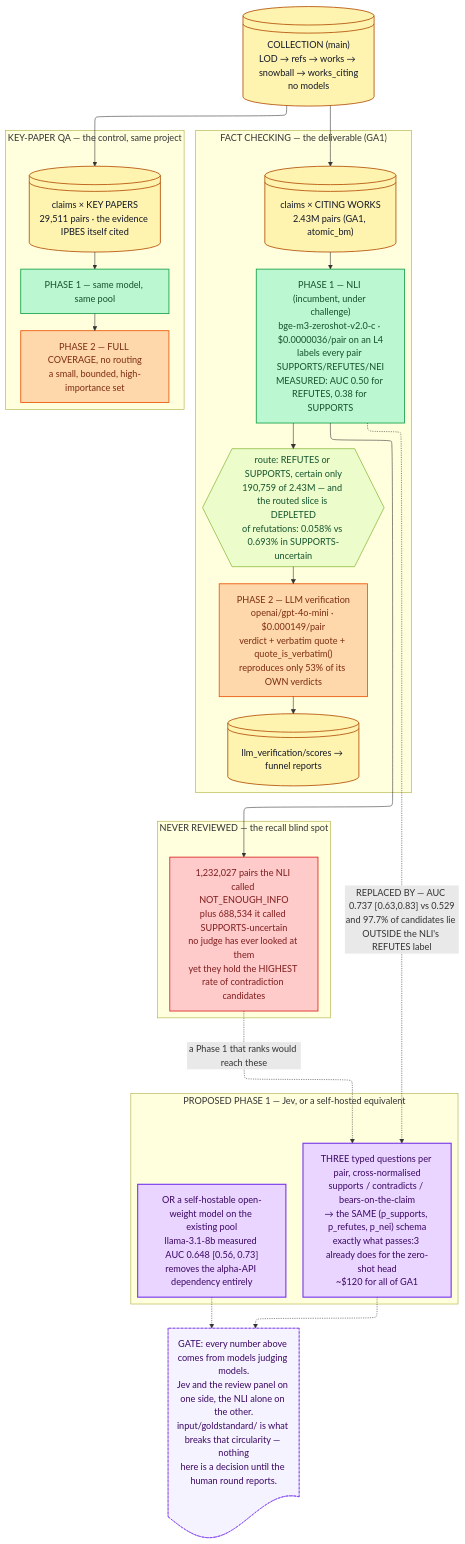
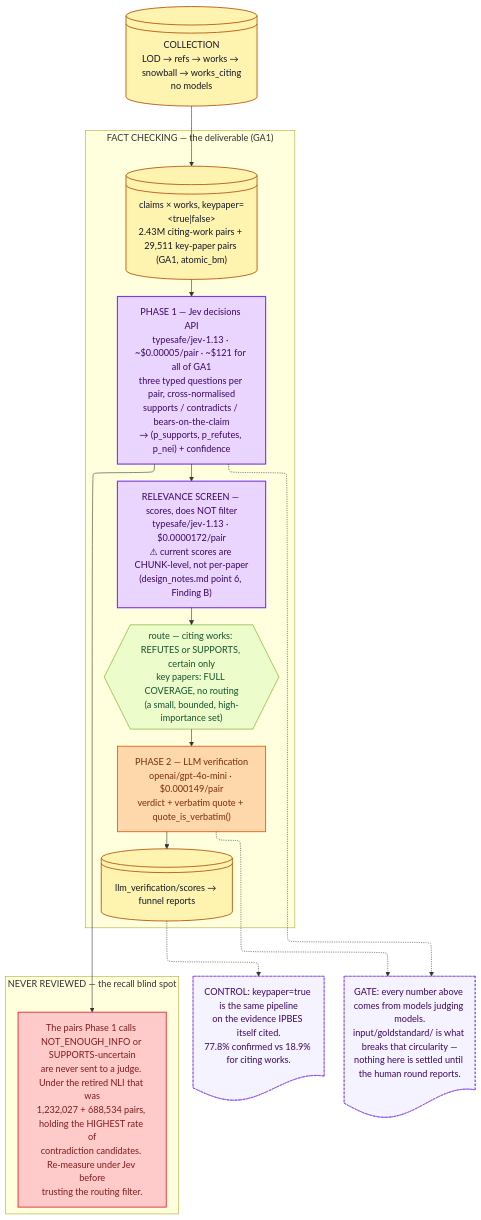
Before and after one commit to IPBES-Data/IPBES_BM_Fact_Checker: the diagram in input/mmd/overview.mmd, drawn with Mermaid. The commit also changed 88 other files, not shown here.

First line of the commit message:
Restructure output/, rename main->collection, retire the NLI backend

```diff
--- a/input/mmd/overview.mmd
+++ b/input/mmd/overview.mmd
@@ -1,87 +1,76 @@
 ---
 config:
   layout: elk
   elk:
     nodePlacementStrategy: BRANDES_KOEPF
 ---
 flowchart TD
 
   %% OVERVIEW -- which MODEL runs at which step, and what each step costs.
   %% --
-  %% The per-project diagrams (workflow_main / _factcheck / _reporting) show
-  %% what each pipeline DOES. This one shows what each step COSTS and which
-  %% model does it, because the price ladder that decides where a screening
-  %% step belongs only makes sense side by side.
+  %% The per-project diagrams (workflow_collection / _factcheck / _reporting)
+  %% show what each pipeline DOES. This one shows what each step COSTS and
+  %% which model does it, because the price ladder that decides where a
+  %% screening step belongs only makes sense side by side.
   %% --
-  %%   zero-shot NLI   $0.0000036 /pair   labels everything
-  %%   Jev             $0.0000172 /pair   one typed question, calibrated score
-  %%   gpt-4o-mini     $0.000149  /pair   judges, quotes, gets quote-checked
+  %%   Jev          $0.00005  /pair   Phase 1: three typed questions, scored
+  %%   Jev (screen) $0.0000172/pair   one typed question, relevance only
+  %%   gpt-4o-mini  $0.000149 /pair   judges, quotes, gets quote-checked
   %% --
-  %% REWRITTEN 2026-10-05. The previous version said "Jev only pays off BETWEEN
-  %% the other two: screening ahead of the NLI would cost more than simply
-  %% running the NLI (~$42 vs ~$9 for GA1's cross-join)". That reasoning was
-  %% about price alone and is now contradicted by measurement: the NLI is at or
-  %% below CHANCE at the job, so $9 of it buys nothing to be cheaper than.
-  %% See design_notes.md points 6 and 8, and the `NLI_dirty` branch for the
-  %% architecture this replaced.
+  %% REWRITTEN 2026-10-07. Earlier versions of this file argued a swap that has
+  %% since happened: the zero-shot NLI pool was Phase 1 and Jev was a proposal.
+  %% Measured 2026-10-05 against refutations confirmed by three independent
+  %% reviewers, the NLI scored AUC 0.50 for REFUTES and 0.38 for SUPPORTS --
+  %% chance and below -- against Jev's 0.737 [0.63, 0.84]. The NLI backend,
+  %% its pool and its fine-tune are gone from this branch; they survive on
+  %% NLI_dirty. See design_notes.md points 3 and 5-8.
 
-  collect@{ shape: lin-cyl, label: "COLLECTION (main)<br/>LOD → refs → works → snowball → works_citing<br/>no models" }
+  collect@{ shape: lin-cyl, label: "COLLECTION<br/>LOD → refs → works → snowball → works_citing<br/>no models" }
 
   subgraph fc["FACT CHECKING — the deliverable (GA1)"]
     direction TB
-    fc_pairs@{ shape: lin-cyl, label: "claims × CITING WORKS<br/>2.43M pairs (GA1, atomic_bm)" }
-    fc_nli@{ shape: rect, label: "PHASE 1 — NLI (incumbent, under challenge)<br/>bge-m3-zeroshot-v2.0-c · $0.0000036/pair on an L4<br/>labels every pair SUPPORTS/REFUTES/NEI<br/>MEASURED: AUC 0.50 for REFUTES, 0.38 for SUPPORTS" }
-    fc_route@{ shape: hex, label: "route: REFUTES or SUPPORTS, certain only<br/>190,759 of 2.43M — and the routed slice is DEPLETED<br/>of refutations: 0.058% vs 0.693% in SUPPORTS-uncertain" }
-    fc_llm@{ shape: rect, label: "PHASE 2 — LLM verification<br/>openai/gpt-4o-mini · $0.000149/pair<br/>verdict + verbatim quote + quote_is_verbatim()<br/>reproduces only 53% of its OWN verdicts" }
+    fc_pairs@{ shape: lin-cyl, label: "claims × works, keypaper=&lt;true|false&gt;<br/>2.43M citing-work pairs + 29,511 key-paper pairs (GA1, atomic_bm)" }
+    fc_phase1@{ shape: rect, label: "PHASE 1 — Jev decisions API<br/>typesafe/jev-1.13 · ~$0.00005/pair · ~$121 for all of GA1<br/>three typed questions per pair, cross-normalised<br/>supports / contradicts / bears-on-the-claim<br/>→ (p_supports, p_refutes, p_nei) + confidence" }
+    fc_screen@{ shape: rect, label: "RELEVANCE SCREEN — scores, does NOT filter<br/>typesafe/jev-1.13 · $0.0000172/pair<br/>⚠ current scores are CHUNK-level, not per-paper<br/>(design_notes.md point 6, Finding B)" }
+    fc_route@{ shape: hex, label: "route — citing works: REFUTES or SUPPORTS, certain only<br/>key papers: FULL COVERAGE, no routing<br/>(a small, bounded, high-importance set)" }
+    fc_llm@{ shape: rect, label: "PHASE 2 — LLM verification<br/>openai/gpt-4o-mini · $0.000149/pair<br/>verdict + verbatim quote + quote_is_verbatim()" }
     fc_out@{ shape: lin-cyl, label: "llm_verification/scores → funnel reports" }
-    fc_pairs --> fc_nli --> fc_route --> fc_llm --> fc_out
-  end
-
-  subgraph kp["KEY-PAPER QA — the control, same project"]
-    direction TB
-    kp_pairs@{ shape: lin-cyl, label: "claims × KEY PAPERS<br/>29,511 pairs · the evidence IPBES itself cited" }
-    kp_nli@{ shape: rect, label: "PHASE 1 — same model, same pool" }
-    kp_llm@{ shape: rect, label: "PHASE 2 — FULL COVERAGE, no routing<br/>a small, bounded, high-importance set" }
-    kp_pairs --> kp_nli --> kp_llm
-  end
-
-  subgraph prop["PROPOSED PHASE 1 — Jev, or a self-hosted equivalent"]
-    direction TB
-    pr_jev@{ shape: rect, label: "THREE typed questions per pair, cross-normalised<br/>supports / contradicts / bears-on-the-claim<br/>→ the SAME (p_supports, p_refutes, p_nei) schema<br/>exactly what passes:3 already does for the zero-shot head<br/>~$120 for all of GA1" }
-    pr_alt@{ shape: rect, label: "OR a self-hostable open-weight model on the existing pool<br/>llama-3.1-8b measured AUC 0.648 [0.56, 0.73]<br/>removes the alpha-API dependency entirely" }
+    fc_pairs --> fc_phase1 --> fc_screen --> fc_route --> fc_llm --> fc_out
   end
 
   collect --> fc_pairs
-  collect --> kp_pairs
 
-  %% --
-  %% Why the swap is proposed at all. Measured on the 179 triple-positive rows
-  %% against refutations confirmed by three independent models.
-  fc_nli -.->|"REPLACED BY — AUC 0.737 [0.63,0.83] vs 0.529<br/>and 97.7% of candidates lie OUTSIDE the NLI's REFUTES label"| pr_jev
+  %% The key-paper control. Not a separate chain any more -- it is the
+  %% keypaper=true side of the same partition, run through the same two
+  %% phases. It asks the inverse question: do the papers IPBES ITSELF cited
+  %% as evidence for a BM actually support it? Measured 2026-10-05: 77.8% of
+  %% key papers confirmed against 18.9% of citing works, on the same claims.
+  control@{ shape: doc, label: "CONTROL: keypaper=true is the same pipeline<br/>on the evidence IPBES itself cited.<br/>77.8% confirmed vs 18.9% for citing works." }
+  fc_out -.-> control
 
+  %% Still open, and the reason routing is worth revisiting rather than
+  %% treating as settled: the routed slice is a small fraction of what was
+  %% scored, and nothing has ever judged the rest.
   subgraph nei["NEVER REVIEWED — the recall blind spot"]
     direction TB
-    fc_nei@{ shape: rect, label: "1,232,027 pairs the NLI called NOT_ENOUGH_INFO<br/>plus 688,534 it called SUPPORTS-uncertain<br/>no judge has ever looked at them<br/>yet they hold the HIGHEST rate of contradiction candidates" }
+    fc_nei@{ shape: rect, label: "The pairs Phase 1 calls NOT_ENOUGH_INFO or SUPPORTS-uncertain<br/>are never sent to a judge. Under the retired NLI that was<br/>1,232,027 + 688,534 pairs, holding the HIGHEST rate of<br/>contradiction candidates. Re-measure under Jev before<br/>trusting the routing filter." }
   end
-  fc_nli --> fc_nei
-  fc_nei -.->|"a Phase 1 that ranks would reach these"| pr_jev
+  fc_phase1 --> fc_nei
 
-  gate@{ shape: doc, label: "GATE: every number above comes from models judging models.<br/>Jev and the review panel on one side, the NLI alone on the other.<br/>input/goldstandard/ is what breaks that circularity — nothing<br/>here is a decision until the human round reports." }
-  pr_jev -.-> gate
-  pr_alt -.-> gate
+  gate@{ shape: doc, label: "GATE: every number above comes from models judging models.<br/>input/goldstandard/ is what breaks that circularity —<br/>nothing here is settled until the human round reports." }
+  fc_phase1 -.-> gate
+  fc_llm -.-> gate
 
-  classDef zeroshot fill:#bbf7d0,stroke:#16a34a,color:#14532d,stroke-width:1.5px;
+  classDef jev      fill:#e9d5ff,stroke:#7c3aed,color:#3b0764,stroke-width:2px;
   classDef llm      fill:#fed7aa,stroke:#ea580c,color:#7c2d12,stroke-width:1.5px;
-  classDef jev      fill:#e9d5ff,stroke:#7c3aed,color:#3b0764,stroke-width:2px;
   classDef data     fill:#fff3b0,stroke:#b45309,color:#111827,stroke-width:1.5px;
   classDef gate     fill:#ecfccb,stroke:#65a30d,color:#14532d,stroke-width:1px;
   classDef blind    fill:#fecaca,stroke:#dc2626,color:#7f1d1d,stroke-width:1.5px;
   classDef note     fill:#f5f3ff,stroke:#7c3aed,color:#3b0764,stroke-dasharray:4 3;
 
-  class fc_nli,kp_nli zeroshot;
-  class fc_llm,kp_llm llm;
-  class pr_jev,pr_alt jev;
-  class collect,fc_pairs,kp_pairs,fc_out data;
+  class fc_phase1,fc_screen jev;
+  class fc_llm llm;
+  class collect,fc_pairs,fc_out data;
   class fc_route gate;
   class fc_nei blind;
-  class gate note;
+  class gate,control note;
```
